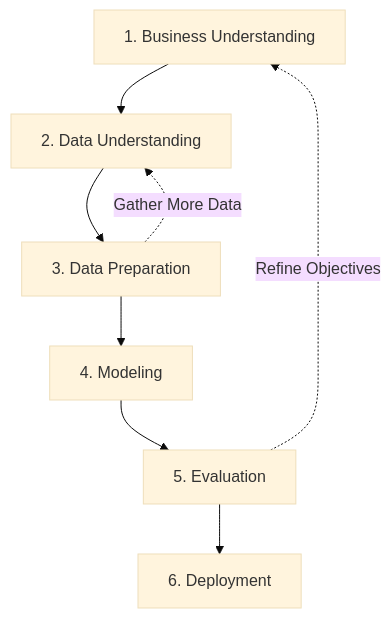
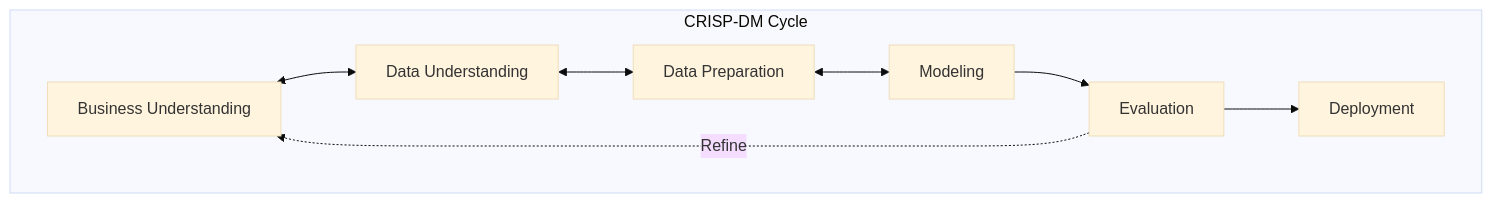
The second of 3 diagrams in notes/Chapter1_Introduction_to_DAV.md (DeepLumiere/DeepSkills), drawn with Mermaid (base theme) before and after one commit. The commit also changed other lines of this file and 4 other files, not shown here.

````diff
--- a/notes/Chapter1_Introduction_to_DAV.md
+++ b/notes/Chapter1_Introduction_to_DAV.md
@@ -87,11 +66,11 @@
 ```mermaid
 flowchart TD
-    A[1. Business Understanding] --> B[2. Data Understanding]
-    B --> C[3. Data Preparation]
-    C --> D[4. Modeling]
-    D --> E[5. Evaluation]
-    E --> F[6. Deployment]
-    
-    E -.->|Refine Objectives| A
-    C -.->|Gather More Data| B
+    subgraph CRISP_DM [CRISP-DM Cycle]
+        A[Business Understanding] <--> B[Data Understanding]
+        B <--> C[Data Preparation]
+        C <--> D[Modeling]
+        D --> E[Evaluation]
+        E --> F[Deployment]
+        E -.->|Refine| A
+    end
 ```
````
